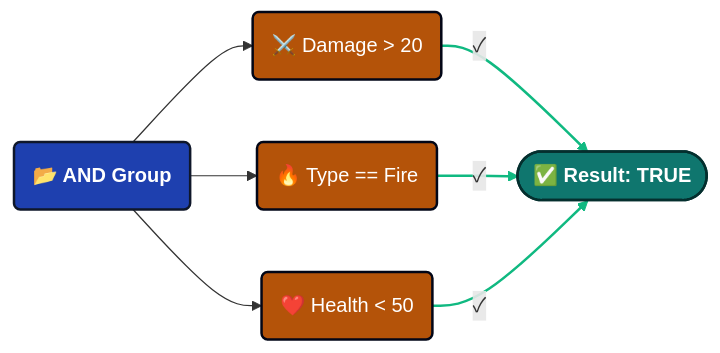
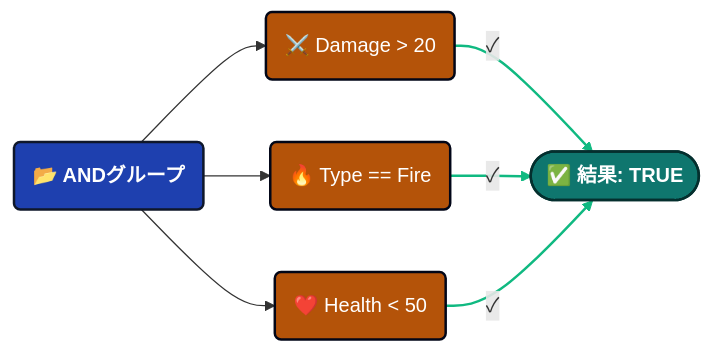
Before and after one commit to tinygiants-tech/TinyGiants: the first of 5 diagrams in i18n/ja/docusaurus-plugin-content-docs/current/game-event-system/visual-workflow/visual-condition-tree.md, drawn with Mermaid. The commit also changed other lines of this file and 81 other files, not shown here.

````diff
--- a/i18n/ja/docusaurus-plugin-content-docs/current/game-event-system/visual-workflow/visual-condition-tree.md
+++ b/i18n/ja/docusaurus-plugin-content-docs/current/game-event-system/visual-workflow/visual-condition-tree.md
@@ -110,19 +107,19 @@
 ```mermaid
 graph LR
   
     classDef group fill:#1e40af,stroke:#0f172a,stroke-width:2px,color:#ffffff,font-weight:bold
     classDef cond fill:#b45309,stroke:#020617,stroke-width:2px,color:#ffffff
     classDef success fill:#0f766e,stroke:#042f2e,stroke-width:2px,color:#ffffff,font-weight:bold
 
-    A(📂 AND Group):::group
+    A(📂 ANDグループ):::group
     
     A --> C1(⚔️ Damage > 20):::cond
     A --> C2(🔥 Type == Fire):::cond
     A --> C3(❤️ Health < 50):::cond
 
-    C1 -- "✓" --> R([✅ Result: TRUE]):::success
+    C1 -- "✓" --> R([✅ 結果: TRUE]):::success
     C2 -- "✓" --> R
     C3 -- "✓" --> R
 
     linkStyle 3,4,5 stroke:#10b981,stroke-width:2px
 ```
````
